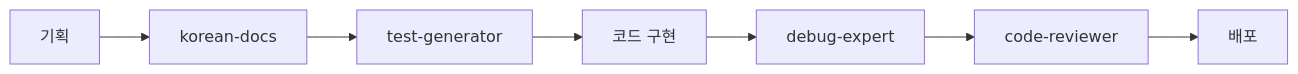
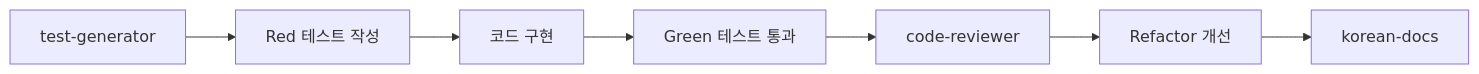
Before and after one commit to starfishfactory/ai: the diagram in docs/agent-guide.md, drawn with Mermaid. The commit also changed other lines of this file and 11 other files, not shown here.

````diff
--- a/docs/agent-guide.md
+++ b/docs/agent-guide.md
@@ -555,9 +352,9 @@
 ```mermaid
 graph LR
-    A[기획] --> B[korean-docs]
-    B --> C[test-generator]
-    C --> D[코드 구현]
-    D --> E[debug-expert]
-    E --> F[code-reviewer]
-    F --> G[배포]
+    A[test-generator] --> B[Red 테스트 작성]
+    B --> C[코드 구현]
+    C --> D[Green 테스트 통과]
+    D --> E[code-reviewer]
+    E --> F[Refactor 개선]
+    F --> G[korean-docs]
 ```
````
